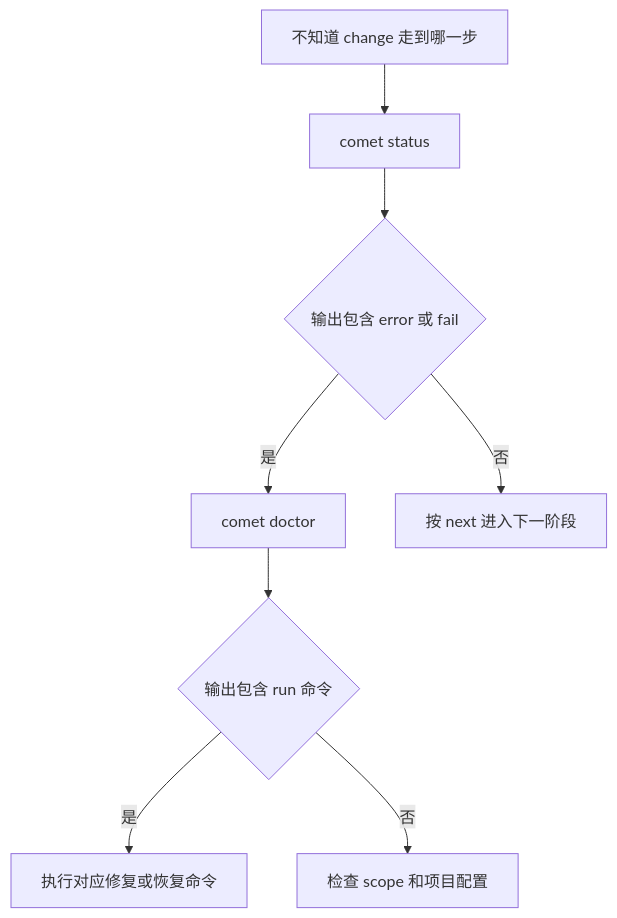
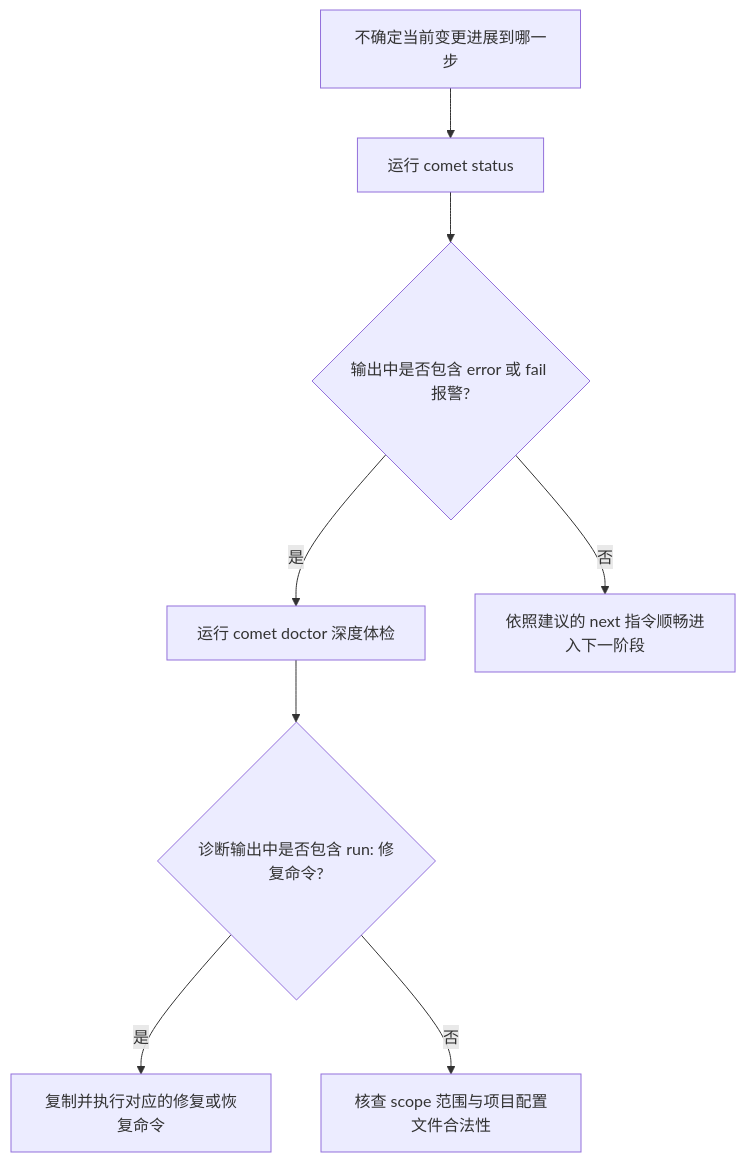
The diagram in zh/cli/doctor.mdx (rpamis/comet-website-docs), drawn with Mermaid before and after one commit. The commit also changed other lines of this file and 76 other files, not shown here.

````diff
--- a/zh/cli/doctor.mdx
+++ b/zh/cli/doctor.mdx
@@ -148,10 +148,10 @@
 ```mermaid
 flowchart TD
-  A["不知道 change 走到哪一步"] --> B["comet status"]
-  B --> C{"输出包含 error 或 fail"}
-  C -->|是| D["comet doctor"]
-  D --> E{"输出包含 run 命令"}
-  E -->|是| F["执行对应修复或恢复命令"]
-  E -->|否| G["检查 scope 和项目配置"]
-  C -->|否| H["按 next 进入下一阶段"]
+  A["不确定当前变更进展到哪一步"] --> B["运行 comet status"]
+  B --> C{"输出中是否包含 error 或 fail 报警?"}
+  C -->|是| D["运行 comet doctor 深度体检"]
+  D --> E{"诊断输出中是否包含 run: 修复命令?"}
+  E -->|是| F["复制并执行对应的修复或恢复命令"]
+  E -->|否| G["核查 scope 范围与项目配置文件合法性"]
+  C -->|否| H["依照建议的 next 指令顺畅进入下一阶段"]
 ```
````
